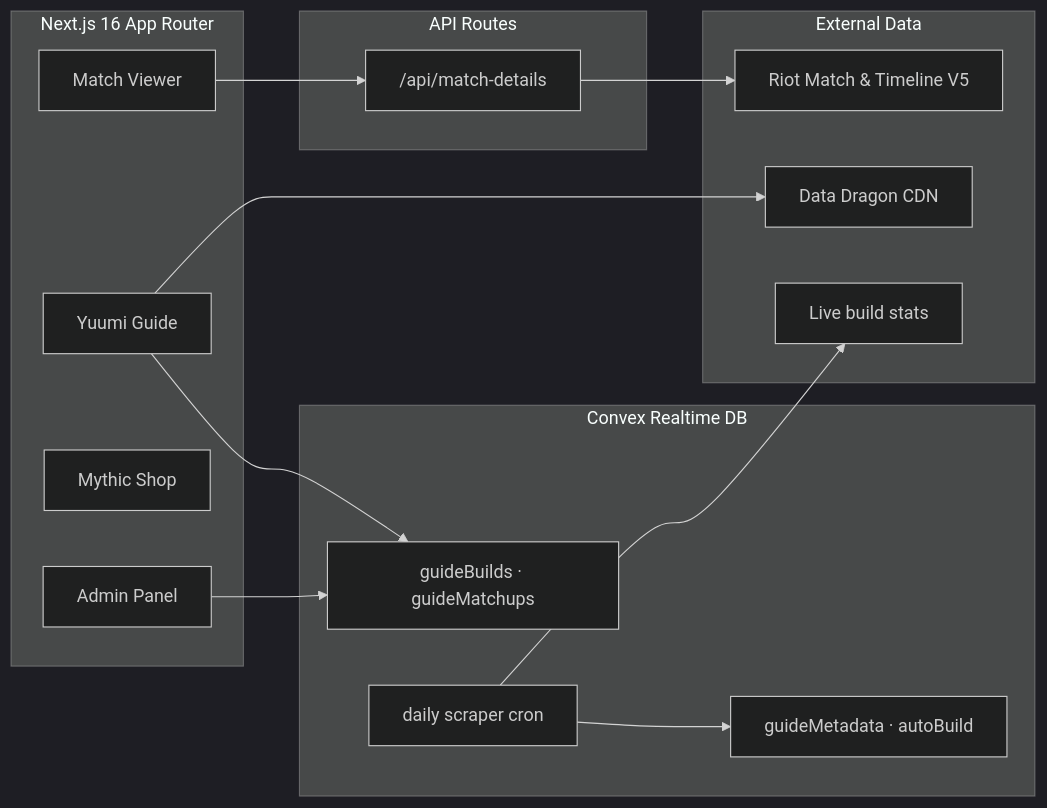
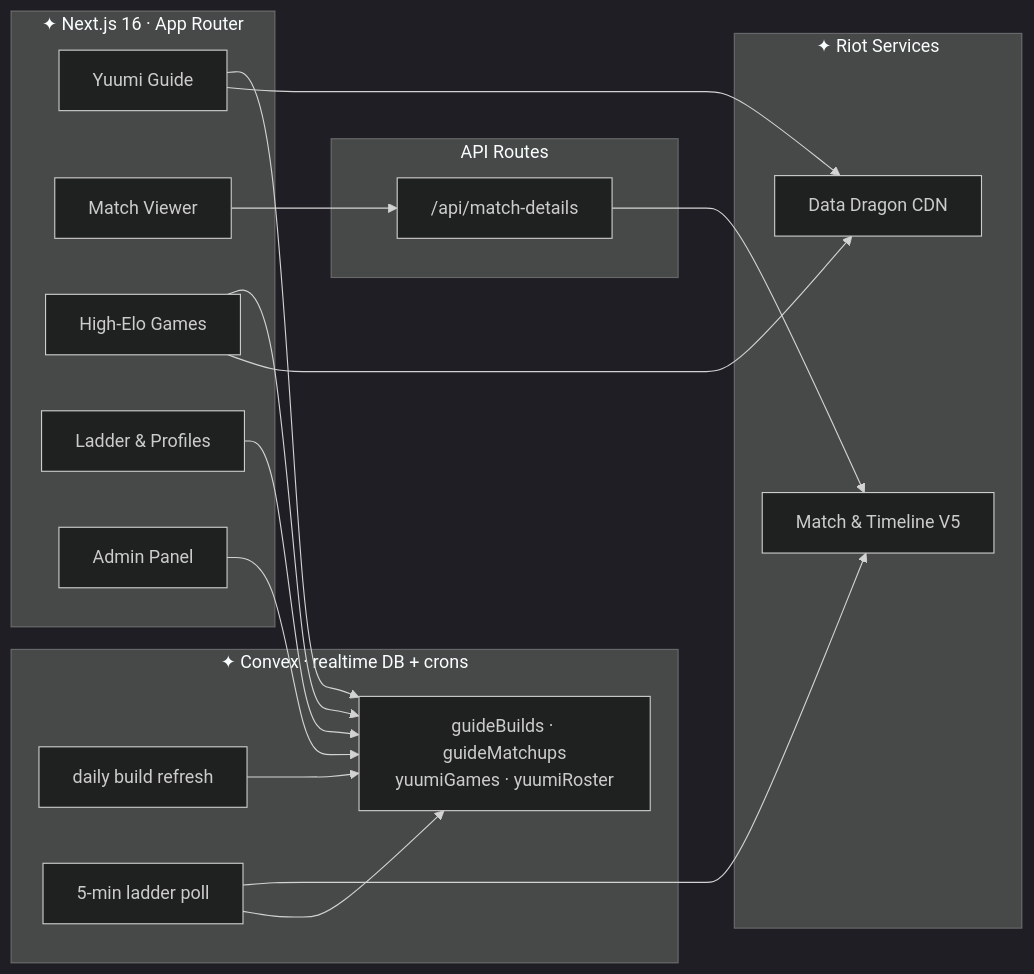
One commit to MercyMeow/YuumiChallenges changed the diagram in README.md. Above: the diagram before and after it, drawn with Mermaid (dark theme). The commit also changed other lines of this file, not shown here.

````diff
--- a/README.md
+++ b/README.md
@@ -97,29 +121,33 @@
 ```mermaid
 flowchart LR
-  subgraph Client [Next.js 16 App Router]
-    Guide[Yuumi Guide]
-    Viewer[Match Viewer]
-    Shop[Mythic Shop]
-    Admin[Admin Panel]
+  subgraph Client["✦ Next.js 16 · App Router"]
+    Guide["Yuumi Guide"]
+    Viewer["Match Viewer"]
+    Feed["High-Elo Games"]
+    Ladder["Ladder & Profiles"]
+    Admin["Admin Panel"]
   end
-  subgraph API [API Routes]
+  subgraph Edge["API Routes"]
     MatchAPI["/api/match-details"]
   end
-  subgraph Convex [Convex Realtime DB]
-    Builds[guideBuilds · guideMatchups]
-    Meta[guideMetadata · autoBuild]
-    Cron[daily scraper cron]
+  subgraph Backend["✦ Convex · realtime DB + crons"]
+    DB["guideBuilds · guideMatchups<br/>yuumiGames · yuumiRoster"]
+    BuildCron["daily build refresh"]
+    Poll["5-min ladder poll"]
   end
-  subgraph External [External Data]
-    Riot[Riot Match & Timeline V5]
-    DDragon[Data Dragon CDN]
-    Stats[Live build stats]
+  subgraph Riot["✦ Riot Services"]
+    RiotAPI["Match &amp; Timeline V5"]
+    DDragon["Data Dragon CDN"]
   end
 
-  Viewer --> MatchAPI --> Riot
-  Guide --> Builds
+  Viewer --> MatchAPI --> RiotAPI
+  Guide --> DB
+  Ladder --> DB
+  Feed --> DB
+  Admin --> DB
   Guide --> DDragon
-  Cron --> Stats
-  Cron --> Meta
-  Admin --> Builds
+  Feed --> DDragon
+  Poll --> RiotAPI
+  Poll --> DB
+  BuildCron --> DB
 ```
````
